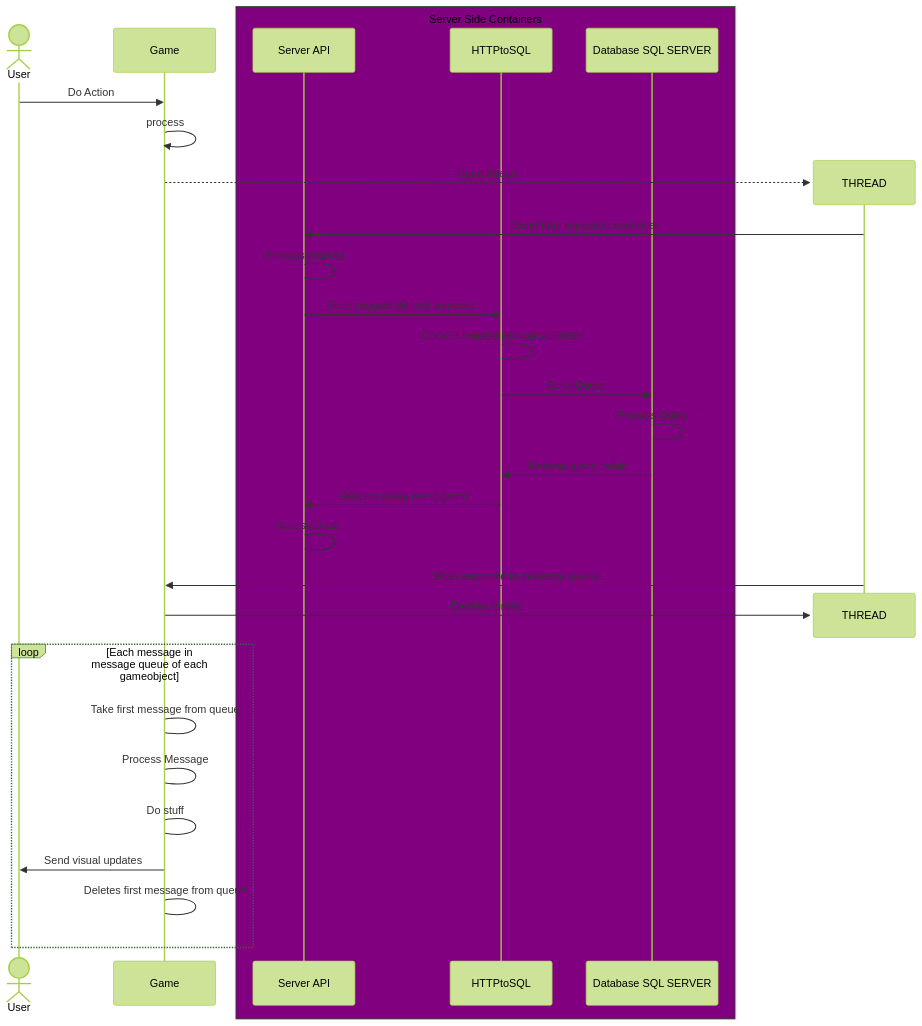
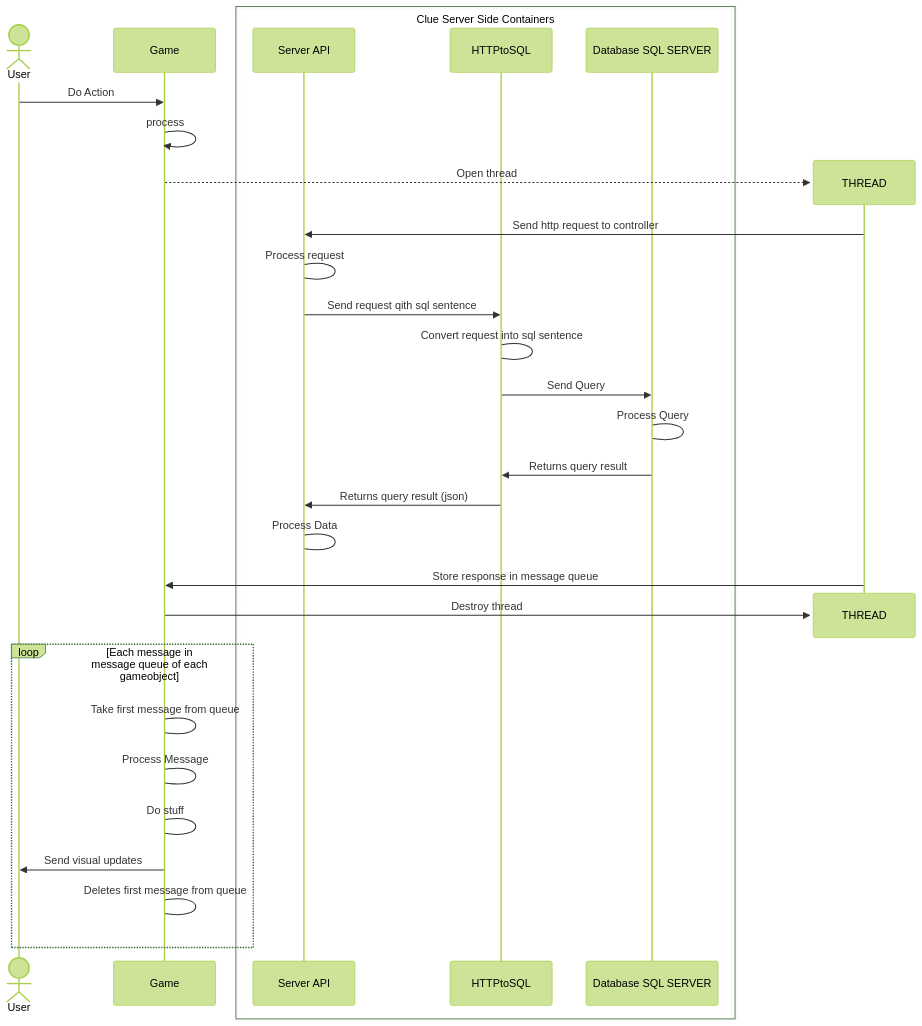
Before and after one commit to dchaves80/Automata: the diagram in GeneralDataflow.mmd, drawn with Mermaid (forest theme).

```diff
--- a/GeneralDataflow.mmd
+++ b/GeneralDataflow.mmd
@@ -1,36 +1,36 @@
 sequenceDiagram
   actor user as User
   participant client as Game
-  box Purple Server Side Containers
+  box Clue Server Side Containers
   participant server as Server API
   participant httpsql as HTTPtoSQL
   participant database as Database SQL SERVER
   end
 %% 1
   user->>client: Do Action
   client->>client: process
 %% 1
   create participant thread as THREAD
   client-->>thread:Open thread
   thread->>server:Send http request to controller
   server->server:Process request
   server->>httpsql:Send request qith sql sentence
   httpsql->httpsql:Convert request into sql sentence
   httpsql->>database:Send Query
   database->database:Process Query
 %% 3
   database->>httpsql:Returns query result
   httpsql->>server:Returns query result (json)
   server->server:Process Data
   thread->>client:Store response in message queue
   destroy thread
   client->>thread:Destroy thread
   
 %% 4
   loop Each message in message queue of each gameobject
     client->client:Take first message from queue
     client->client:Process Message
     client->client:Do stuff
     client->>user:Send visual updates
     client->client:Deletes first message from queue
   end
```
